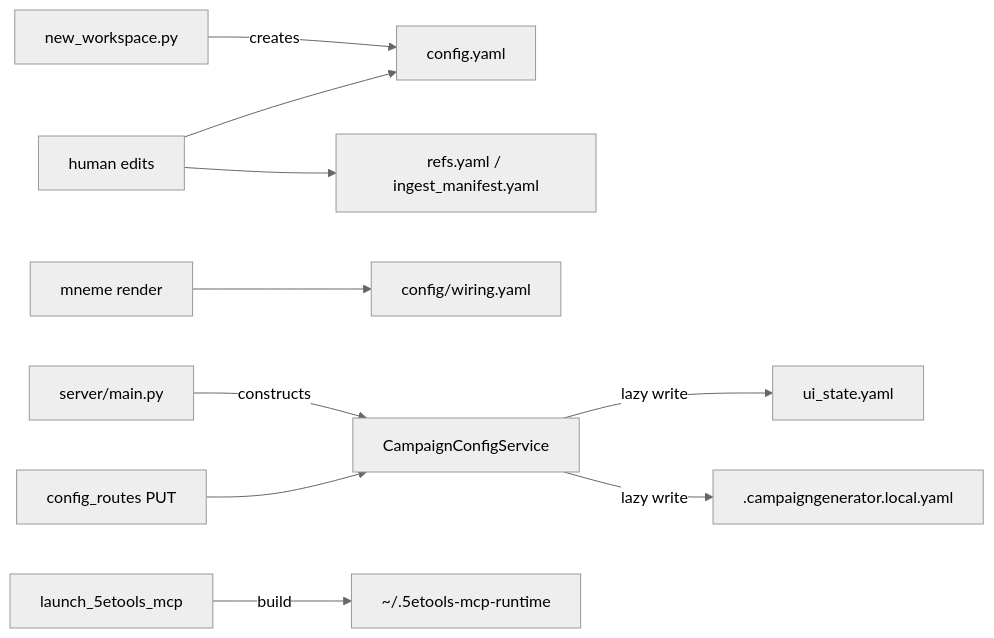
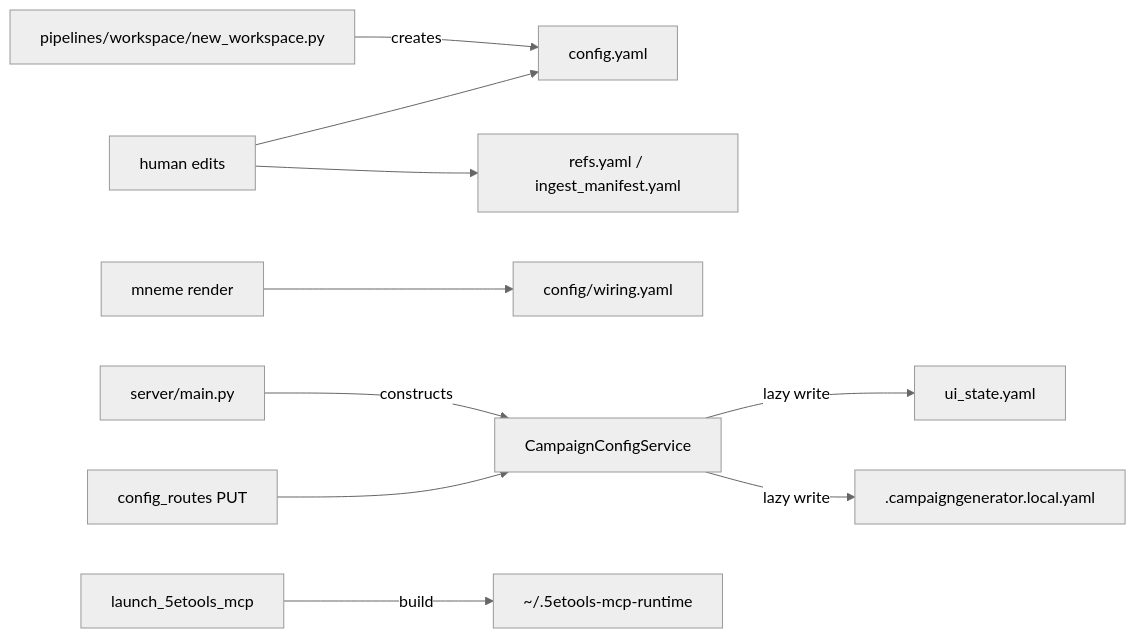
The diagram in docs/config/crud.md (kostadis/CampaignGenerator), drawn with Mermaid (neutral theme) before and after one commit. The commit also changed other lines of this file and 27 other files, not shown here.

````diff
--- a/docs/config/crud.md
+++ b/docs/config/crud.md
@@ -7,12 +7,12 @@
 ```mermaid
 flowchart LR
-  NW[new_workspace.py] -->|creates| CY[config.yaml]
+  NW[pipelines/workspace/new_workspace.py] -->|creates| CY[config.yaml]
   Human[human edits] --> CY
   Human --> REFS[refs.yaml / ingest_manifest.yaml]
   MNEME[mneme render] --> WIRING[config/wiring.yaml]
   MAIN[server/main.py] -->|constructs| SVC[CampaignConfigService]
   SVC -->|lazy write| US[ui_state.yaml]
   SVC -->|lazy write| LC[.campaigngenerator.local.yaml]
   HTTP[config_routes PUT] --> SVC
   LAUNCH[launch_5etools_mcp] -->|build| RT[~/.5etools-mcp-runtime]
 ```
````
